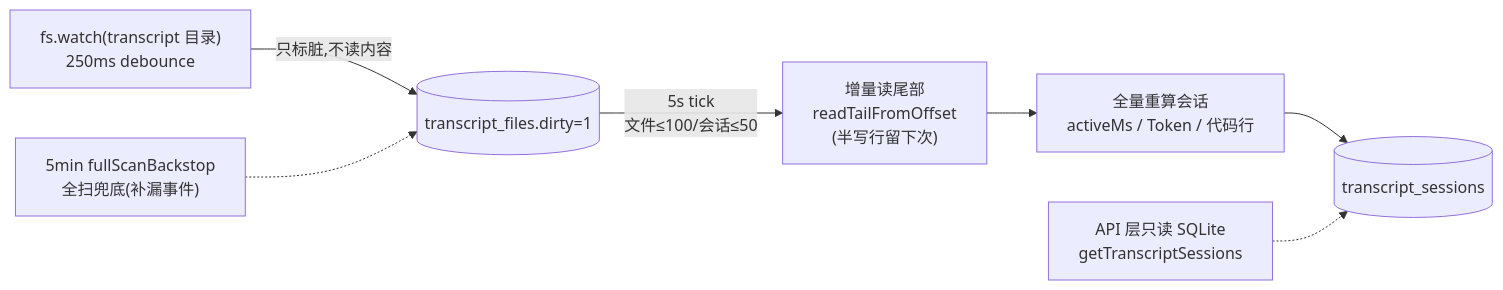
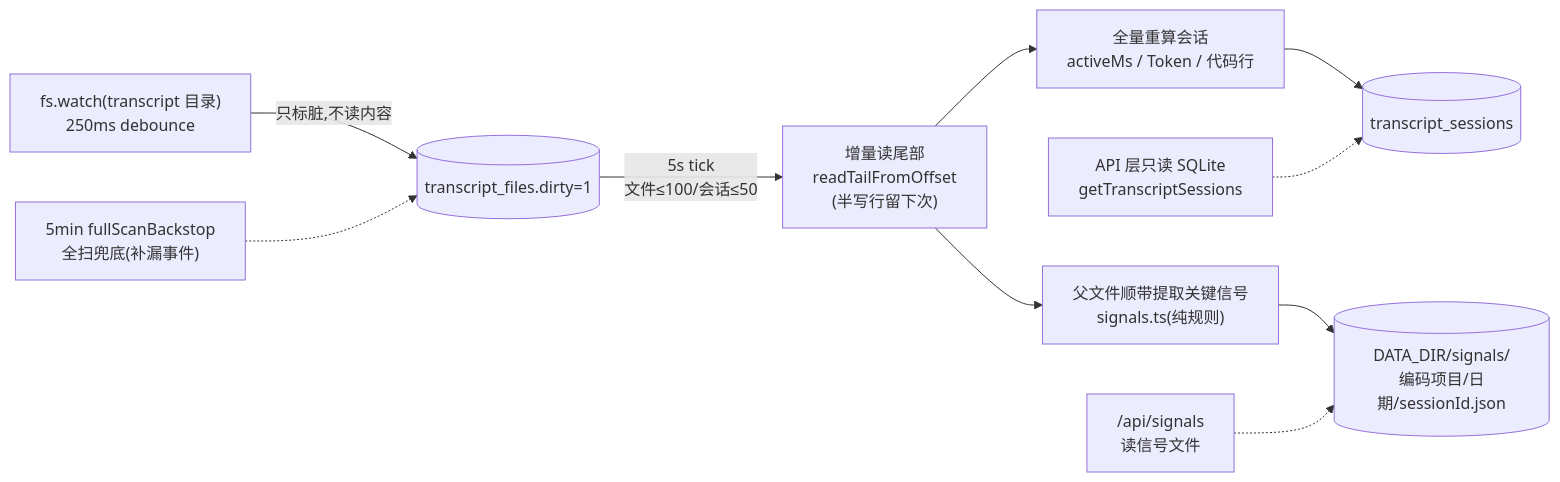
The diagram in docs/05-daemon.md (china-shine/shine-code-submit), drawn with Mermaid before and after one commit. The commit also changed other lines of this file and 17 other files, not shown here.

````diff
--- a/docs/05-daemon.md
+++ b/docs/05-daemon.md
@@ -19,9 +19,12 @@
 ```mermaid
 flowchart LR
     A["fs.watch(transcript 目录)<br/>250ms debounce"] -->|"只标脏,不读内容"| B[("transcript_files.dirty=1")]
     B -->|"5s tick<br/>文件≤100/会话≤50"| C["增量读尾部<br/>readTailFromOffset<br/>(半写行留下次)"]
     C --> D["全量重算会话<br/>activeMs / Token / 代码行"]
+    C --> S["父文件顺带提取关键信号<br/>signals.ts(纯规则)"]
     D --> F[("transcript_sessions")]
+    S --> R[("DATA_DIR/signals/<br/>编码项目/日期/sessionId.json")]
     G["5min fullScanBackstop<br/>全扫兜底(补漏事件)"] -.-> B
     H["API 层只读 SQLite<br/>getTranscriptSessions"] -.-> F
+    I["/api/signals<br/>读信号文件"] -.-> R
 ```
````
